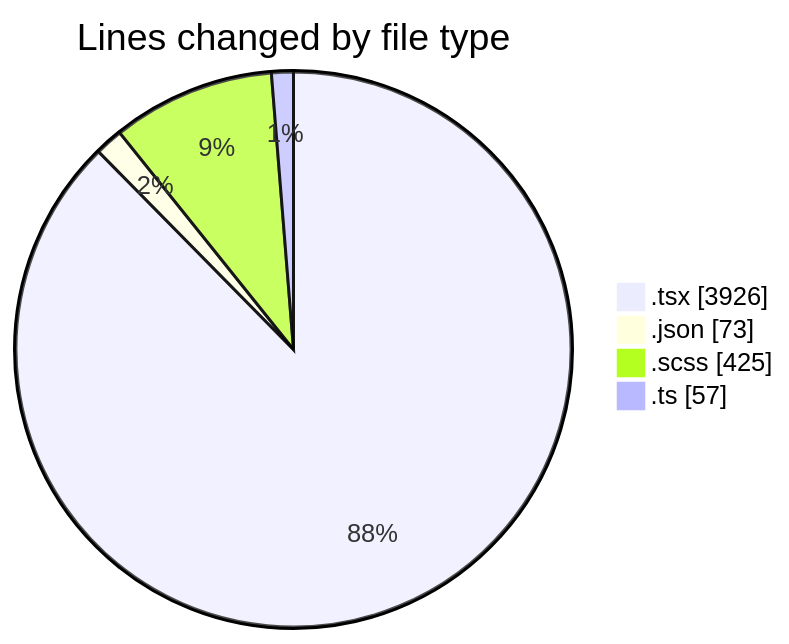
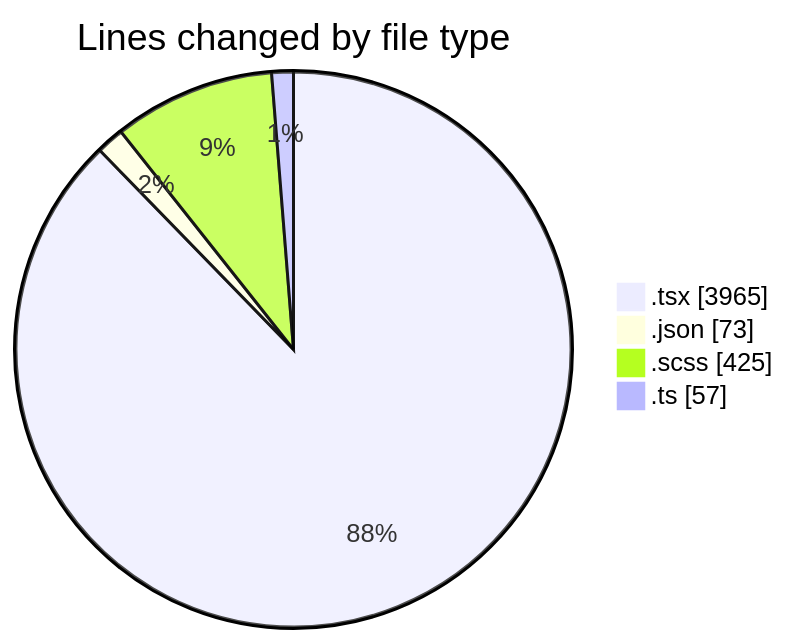
One commit to momahboobian/code-tracking changed the first of 2 diagrams in 2025-10-02/cda/README.md. Above: the diagram before and after it, drawn with Mermaid. The commit also changed other lines of this file and 1 other file, not shown here.

````diff
--- a/2025-10-02/cda/README.md
+++ b/2025-10-02/cda/README.md
@@ -29,8 +29,8 @@
 ```mermaid
 pie showData
 title Lines changed by file type
-".tsx" : 3926
+".tsx" : 3965
 ".json" : 73
 ".scss" : 425
 ".ts" : 57
 ```
````
